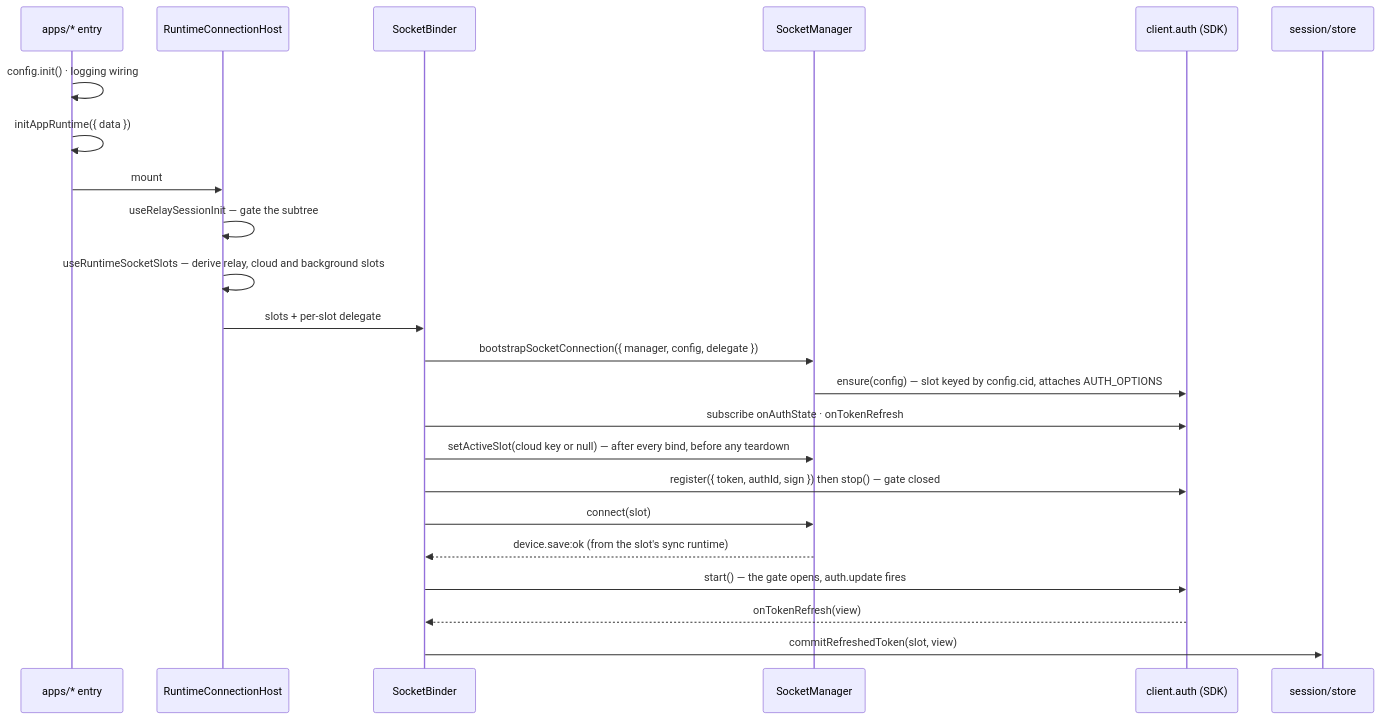
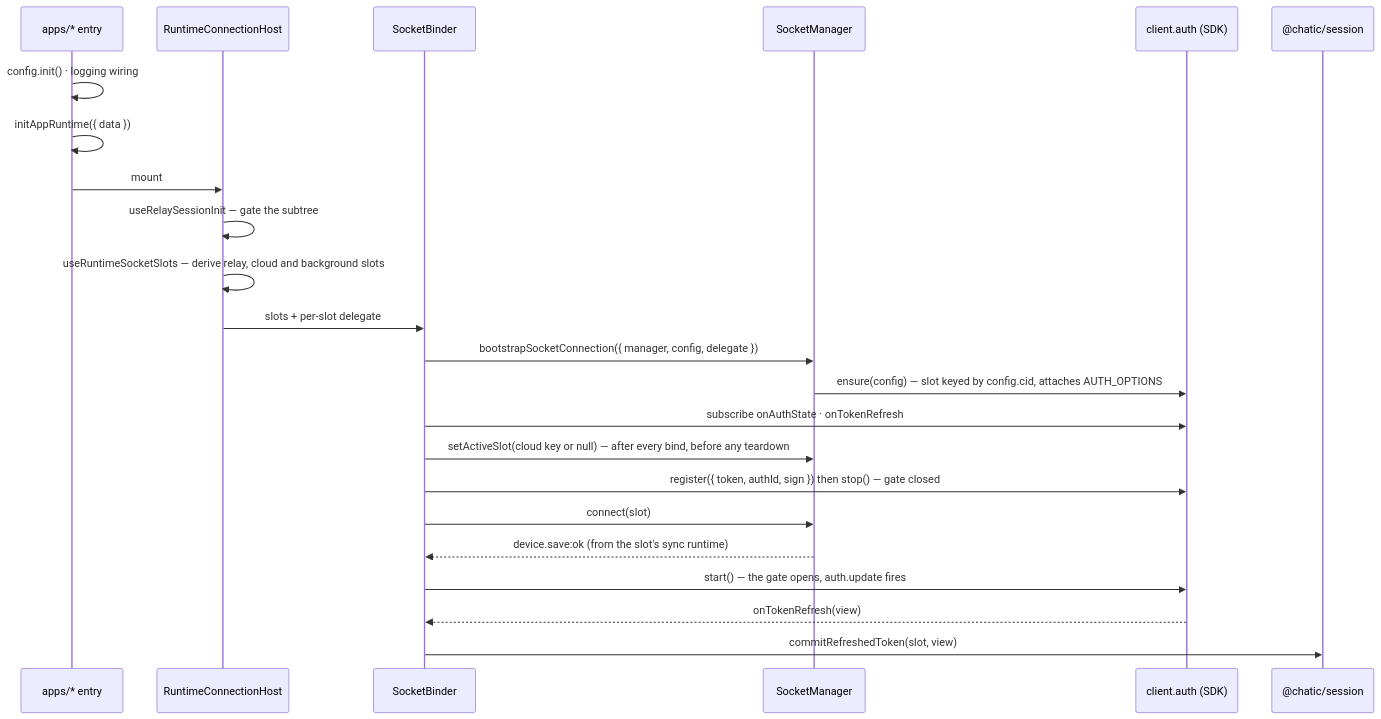
Before and after one commit to lemoncloud-io/dou-app: the second of 2 diagrams in libs/app-runtime/README.md, drawn with Mermaid. The commit also changed other lines of this file and 127 other files, not shown here.

First line of the commit message:
refactor(session,app-runtime): move the session store and scope into @chatic/session

````diff
--- a/libs/app-runtime/README.md
+++ b/libs/app-runtime/README.md
@@ -156,26 +158,26 @@
 ```mermaid
 sequenceDiagram
     participant App as apps/* entry
     participant Host as RuntimeConnectionHost
     participant B as SocketBinder
     participant M as SocketManager
     participant A as client.auth (SDK)
-    participant S as session/store
+    participant S as @chatic/session
 
     App->>App: config.init() · logging wiring
     App->>App: initAppRuntime({ data })
     App->>Host: mount
     Host->>Host: useRelaySessionInit — gate the subtree
     Host->>Host: useRuntimeSocketSlots — derive relay, cloud and background slots
     Host->>B: slots + per-slot delegate
     B->>M: bootstrapSocketConnection({ manager, config, delegate })
     M->>A: ensure(config) — slot keyed by config.cid, attaches AUTH_OPTIONS
     B->>A: subscribe onAuthState · onTokenRefresh
     B->>M: setActiveSlot(cloud key or null) — after every bind, before any teardown
     B->>A: register({ token, authId, sign }) then stop() — gate closed
     B->>M: connect(slot)
     M-->>B: device.save:ok (from the slot's sync runtime)
     B->>A: start() — the gate opens, auth.update fires
     A-->>B: onTokenRefresh(view)
     B->>S: commitRefreshedToken(slot, view)
 ```
````
